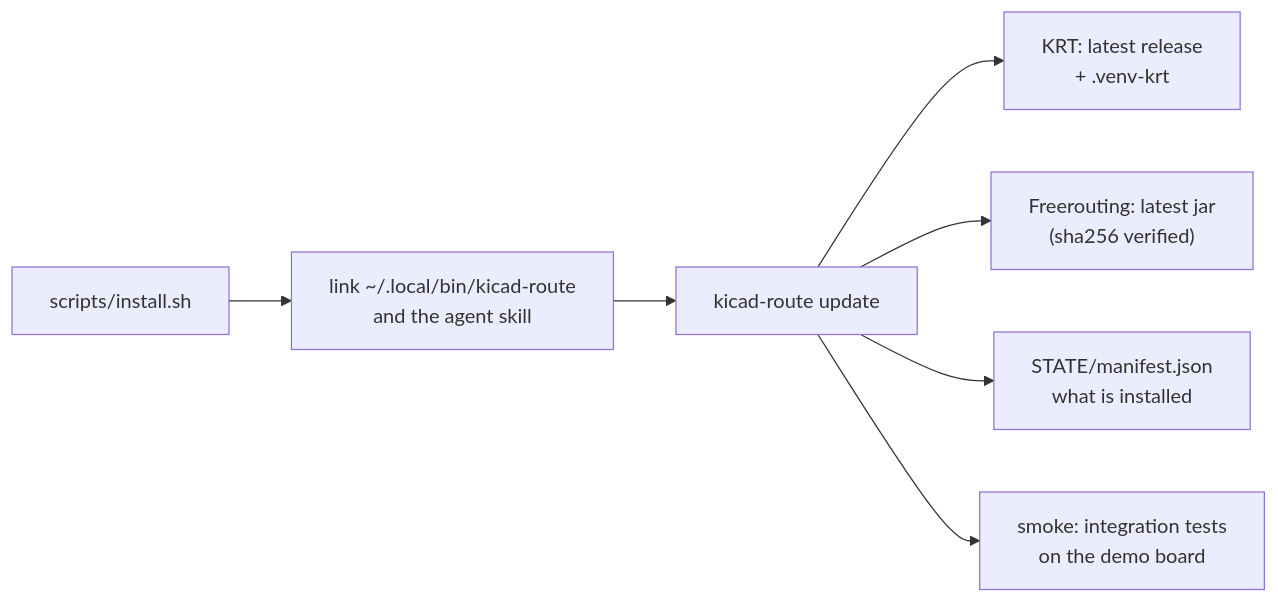
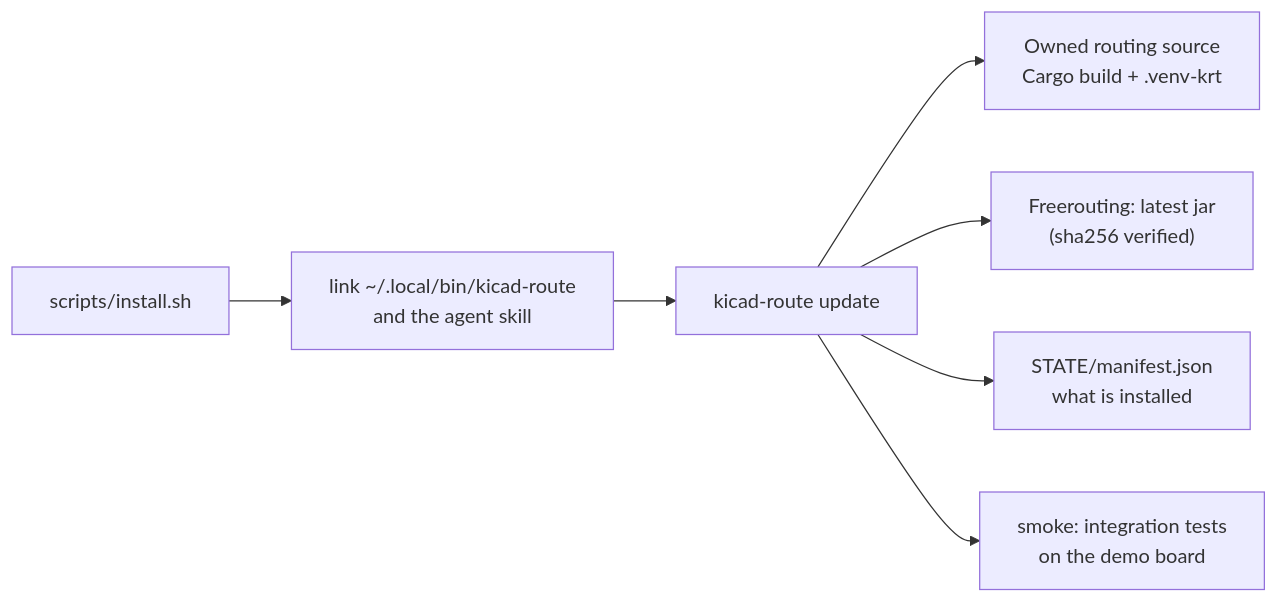
The diagram in docs/guide/getting-started.md (halbritt/kicad-route), drawn with Mermaid before and after one commit. The commit also changed 273 other files, not shown here.

````diff
--- a/docs/guide/getting-started.md
+++ b/docs/guide/getting-started.md
@@ -22,9 +22,9 @@
 ```mermaid
 flowchart LR
     A["scripts/install.sh"] --> B["link ~/.local/bin/kicad-route<br/>and the agent skill"]
     B --> C["kicad-route update"]
-    C --> D["KRT: latest release<br/>+ .venv-krt"]
+    C --> D["Owned routing source<br/>Cargo build + .venv-krt"]
     C --> E["Freerouting: latest jar<br/>(sha256 verified)"]
     C --> F["STATE/manifest.json<br/>what is installed"]
     C --> G["smoke: integration tests<br/>on the demo board"]
 ```
````
